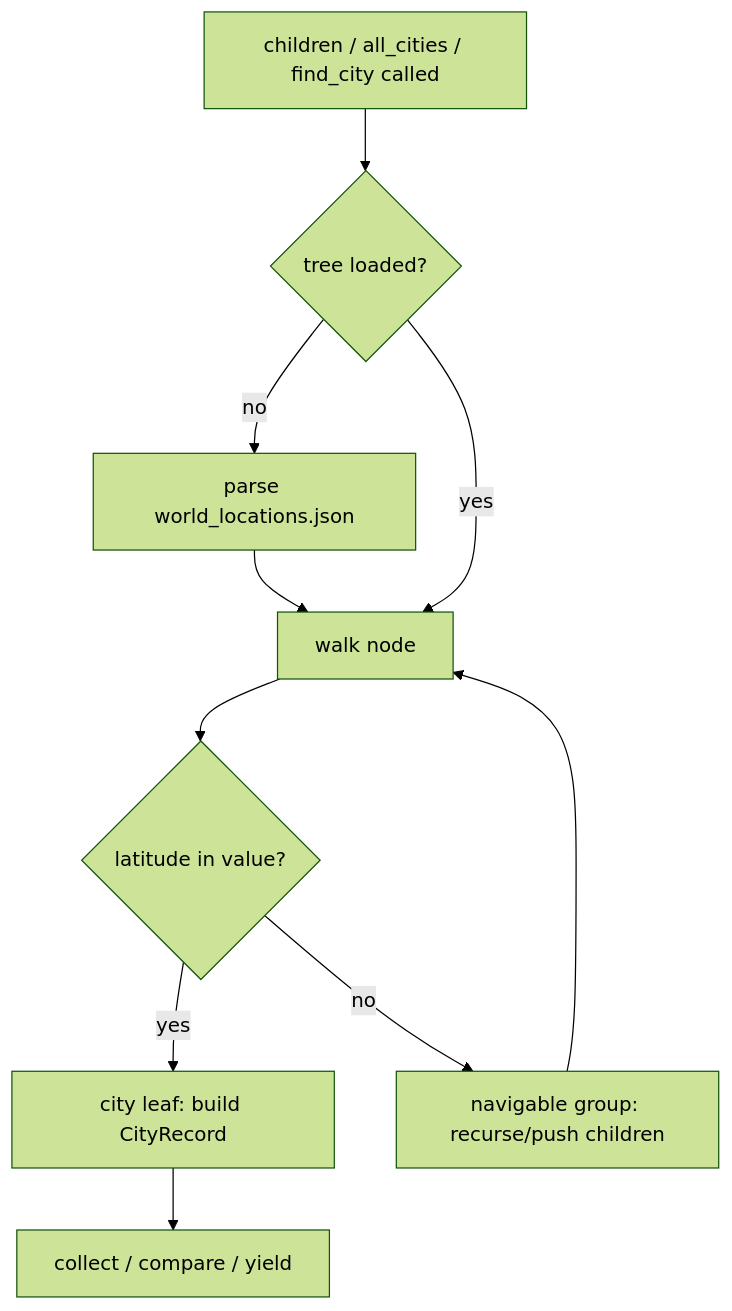
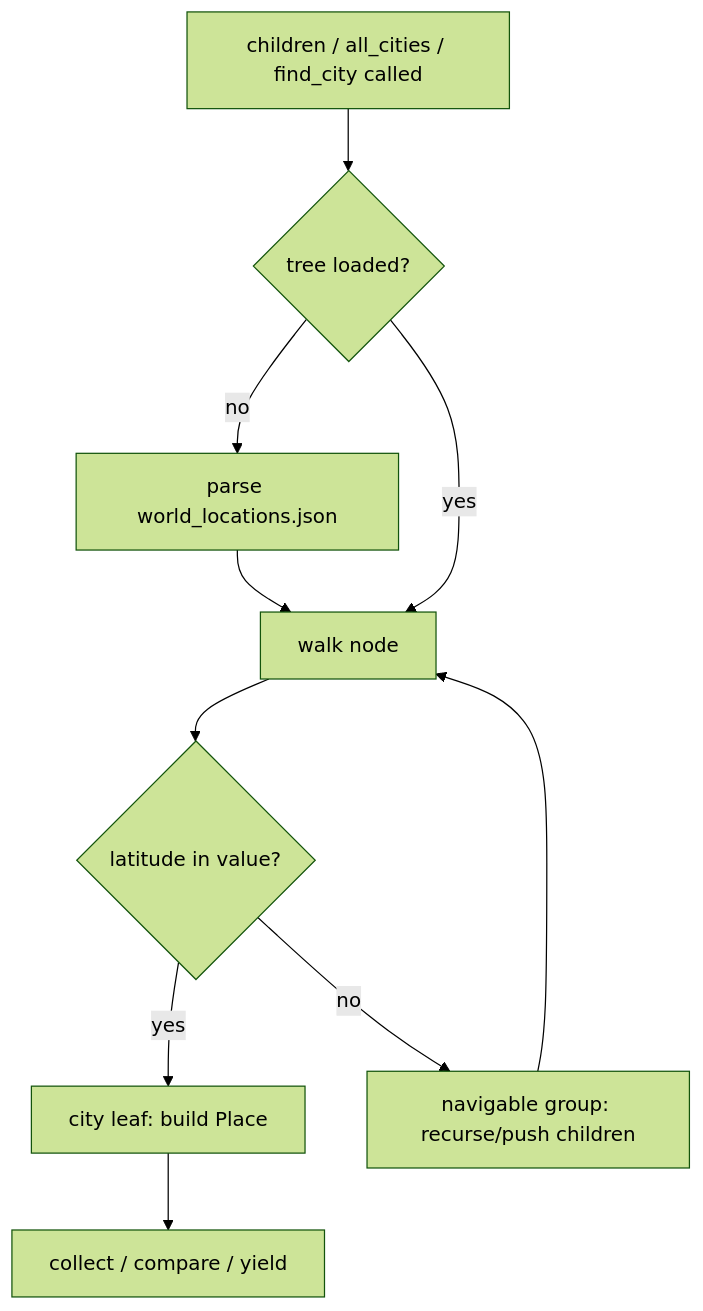
The diagram in desktop/data/__flow/locations.md (UVuruna/Watch-Academy), drawn with Mermaid (forest theme) before and after one commit. The commit also changed 17 other files, not shown here.

````diff
--- a/desktop/data/__flow/locations.md
+++ b/desktop/data/__flow/locations.md
@@ -7,11 +7,11 @@
 ```mermaid
 flowchart TB
     A[children / all_cities / find_city called] --> B{tree loaded?}
     B -- no --> C[parse world_locations.json] --> D
     B -- yes --> D[walk node]
     D --> E{"latitude" in value?}
-    E -- yes --> F[city leaf: build CityRecord]
+    E -- yes --> F[city leaf: build Place]
     E -- no --> G[navigable group: recurse/push children]
     F --> H[collect / compare / yield]
     G --> D
 ```
````
